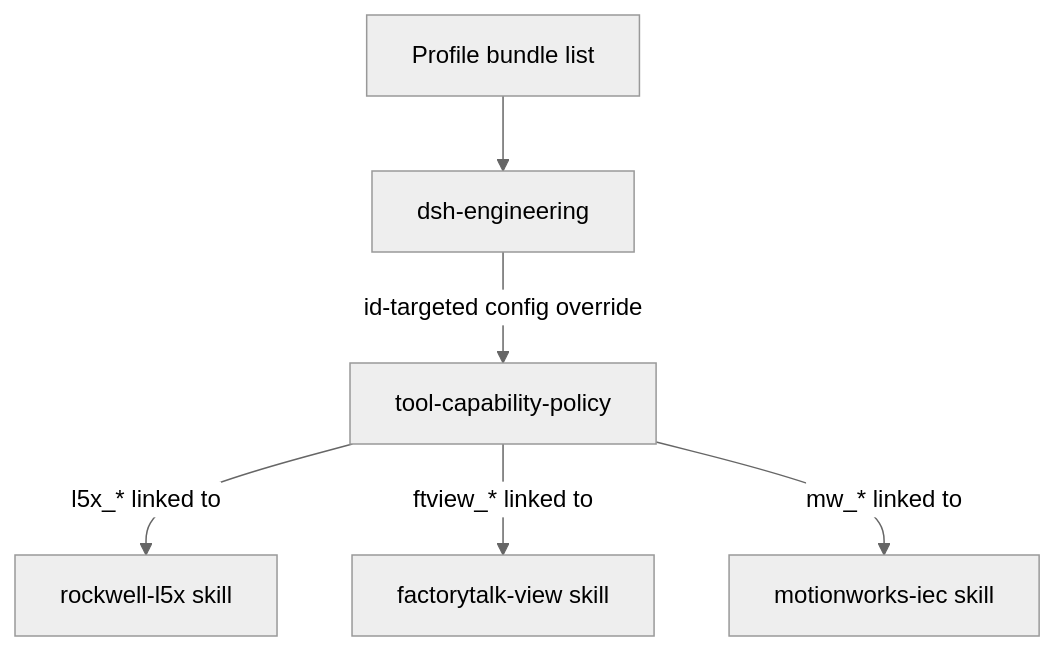
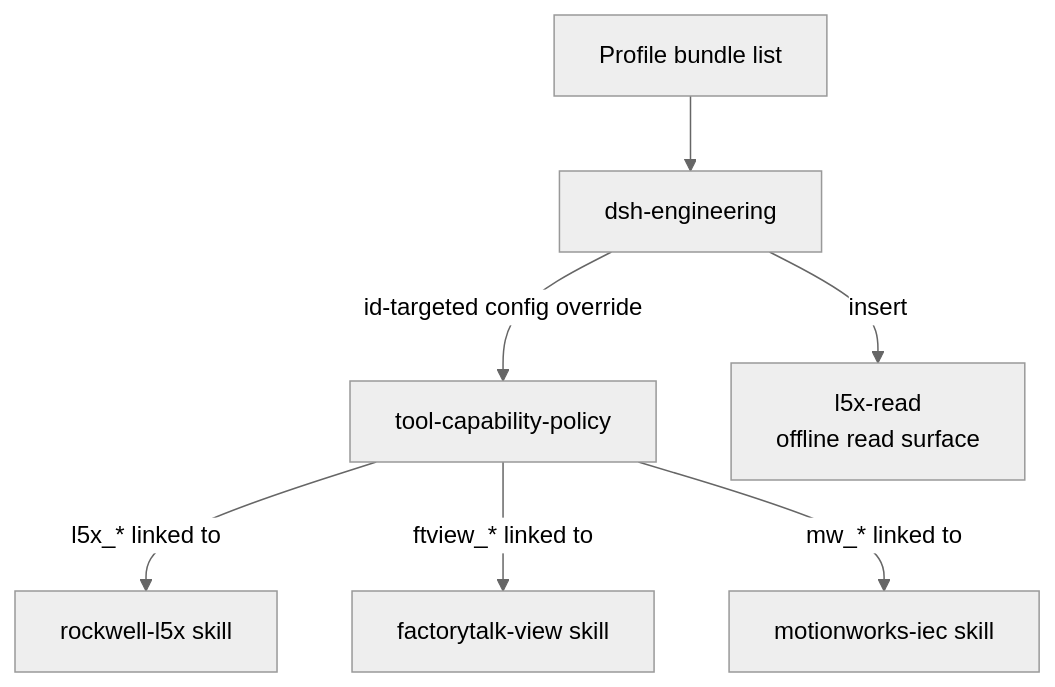
Before and after one commit to KonnectSuite/dsh-engineering: the first of 3 diagrams in README.md, drawn with Mermaid (neutral theme). The commit also changed other lines of this file and 8 other files, not shown here.

````diff
--- a/README.md
+++ b/README.md
@@ -17,8 +17,9 @@
 ```mermaid
 flowchart TB
   Profile["Profile bundle list"] --> Bundle["dsh-engineering"]
   Bundle -->|"id-targeted config override"| Policy["tool-capability-policy"]
+  Bundle -->|"insert"| Read["l5x-read<br/>offline read surface"]
   Policy -->|"l5x_* linked to"| L5X["rockwell-l5x skill"]
   Policy -->|"ftview_* linked to"| FTV["factorytalk-view skill"]
   Policy -->|"mw_* linked to"| MWI["motionworks-iec skill"]
 ```
````
